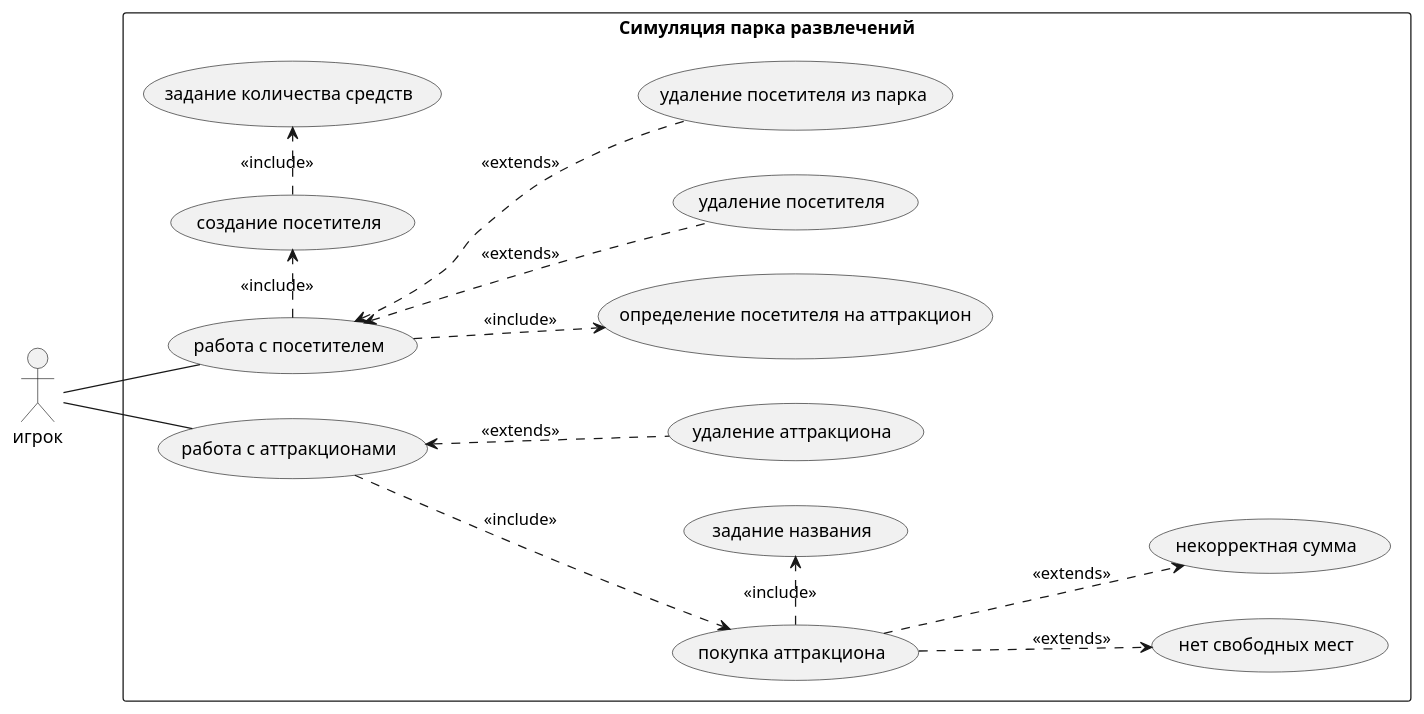
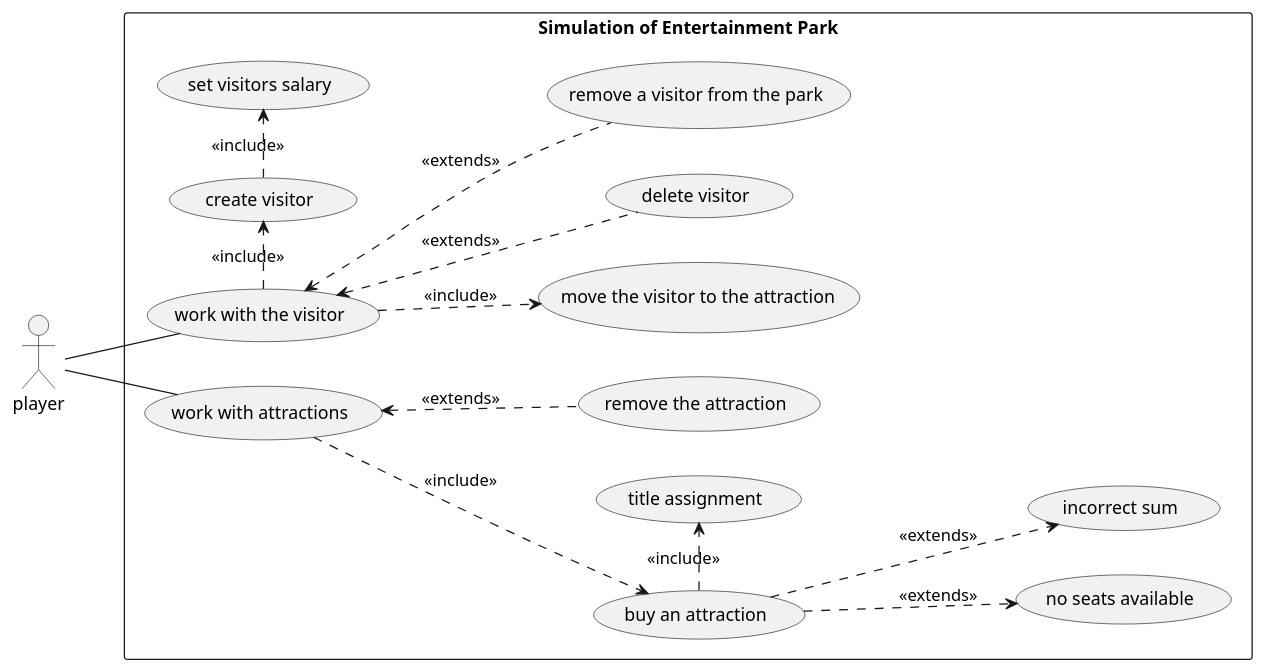
The diagram in description/diagrams/diagrams-en/use-case/uc.wsd (mzhirko/amusement-park), drawn with PlantUML before and after one commit. The commit also changed 5 other files, not shown here.

Commit message:
Translate state + uc diagrams + render images

```diff
--- a/description/diagrams/diagrams-en/use-case/uc.wsd
+++ b/description/diagrams/diagrams-en/use-case/uc.wsd
@@ -1,21 +1,21 @@
 @startuml
 left to right direction
 skinparam packageStyle rectangle
-actor :игрок:
-rectangle "Симуляция парка развлечений" {
-  :игрок: -- (работа с посетителем)
-  (работа с посетителем) ..> (определение посетителя на аттракцион) : <<include>>
-  (работа с посетителем) <.. (удаление посетителя) : <<extends>>
-  (работа с посетителем) <.. (удаление посетителя из парка) : <<extends>>
-  (работа с посетителем) .> (создание посетителя) : <<include>>
-  (создание посетителя) .> (задание количества средств) : <<include>>
+actor :player:
+rectangle "Simulation of Entertainment Park" {
+  :player: -- (work with the visitor)
+  (work with the visitor) ..> (move the visitor to the attraction) : <<include>>
+  (work with the visitor) <.. (delete visitor) : <<extends>>
+  (work with the visitor) <.. (remove a visitor from the park) : <<extends>>
+  (work with the visitor) .> (create visitor) : <<include>>
+  (create visitor) .> (set visitors salary) : <<include>>
 
-  :игрок: -- (работа с аттракционами)
-  (работа с аттракционами) <.. (удаление аттракциона) : <<extends>>
-  (работа с аттракционами) ..> (покупка аттракциона) : <<include>>
-  (покупка аттракциона) ..> (нет свободных мест) : <<extends>>
-  (покупка аттракциона) ..> (некорректная сумма) : <<extends>>
-  (покупка аттракциона) .> (задание названия) : <<include>>
+  :player: -- (work with attractions)
+  (work with attractions) <.. (remove the attraction) : <<extends>>
+  (work with attractions) ..> (buy an attraction) : <<include>>
+  (buy an attraction) ..> (no seats available) : <<extends>>
+  (buy an attraction) ..> (incorrect sum) : <<extends>>
+  (buy an attraction) .> (title assignment) : <<include>>
 
 }
 @enduml
```
